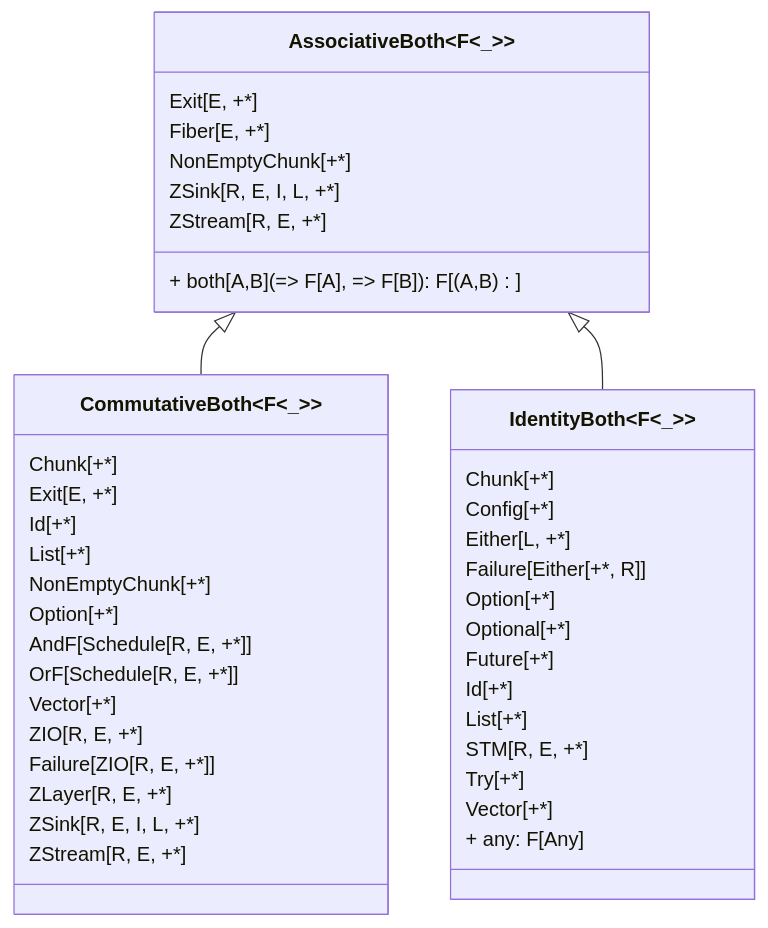
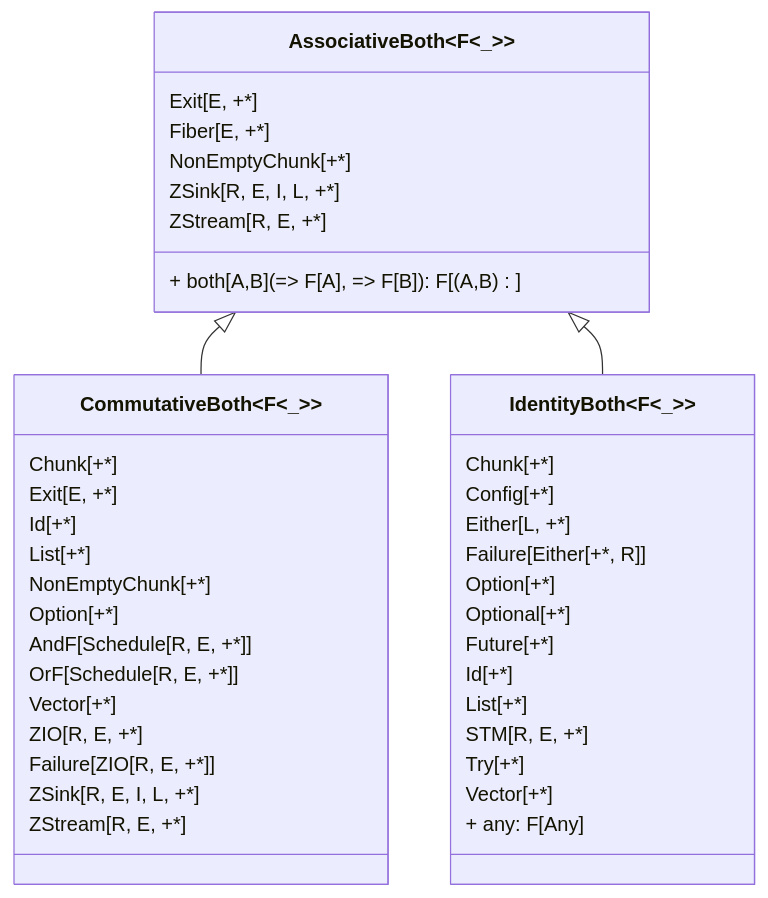
Before and after one commit to zio/zio-prelude: the third of 8 diagrams in docs/functional-abstractions/abstraction-diagrams.md, drawn with Mermaid. The commit also changed other lines of this file and 59 other files, not shown here.

````diff
--- a/docs/functional-abstractions/abstraction-diagrams.md
+++ b/docs/functional-abstractions/abstraction-diagrams.md
@@ -153,46 +153,45 @@
 ```mermaid
 classDiagram
   AssociativeBoth~F<_>~ <|-- CommutativeBoth~F<_>~
   AssociativeBoth~F<_>~ <|-- IdentityBoth~F<_>~
   class AssociativeBoth~F<_>~{
     Exit[E, +*]
     Fiber[E, +*]
     NonEmptyChunk[+*]
     ZSink[R, E, I, L, +*]
     ZStream[R, E, +*]
 
     + both[A,B](=> F[A], => F[B]): F[(A,B)]
   }
   class CommutativeBoth~F<_>~{
     Chunk[+*]
     Exit[E, +*]
     Id[+*]
     List[+*]
     NonEmptyChunk[+*]
     Option[+*]
     AndF[Schedule[R, E, +*]]
     OrF[Schedule[R, E, +*]]
     Vector[+*]
     ZIO[R, E, +*]
     Failure[ZIO[R, E, +*]]
-    ZLayer[R, E, +*]
     ZSink[R, E, I, L, +*]
     ZStream[R, E, +*]
   }
   class IdentityBoth~F<_>~{
     Chunk[+*]
     Config[+*]
     Either[L, +*]
     Failure[Either[+*, R]]
     Option[+*]
     Optional[+*]
     Future[+*]
     Id[+*]
     List[+*]
     STM[R, E, +*]
     Try[+*]
     Vector[+*]
 
     + any: F[Any]
   }
 ```
````
